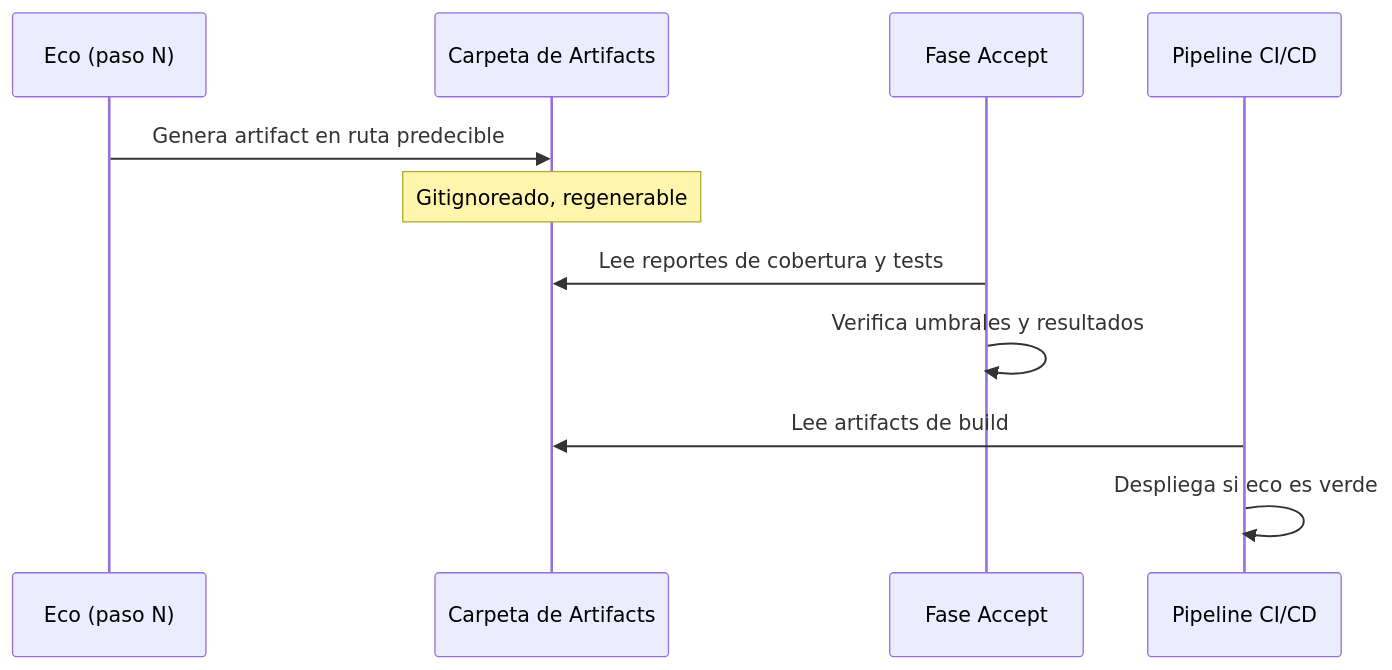
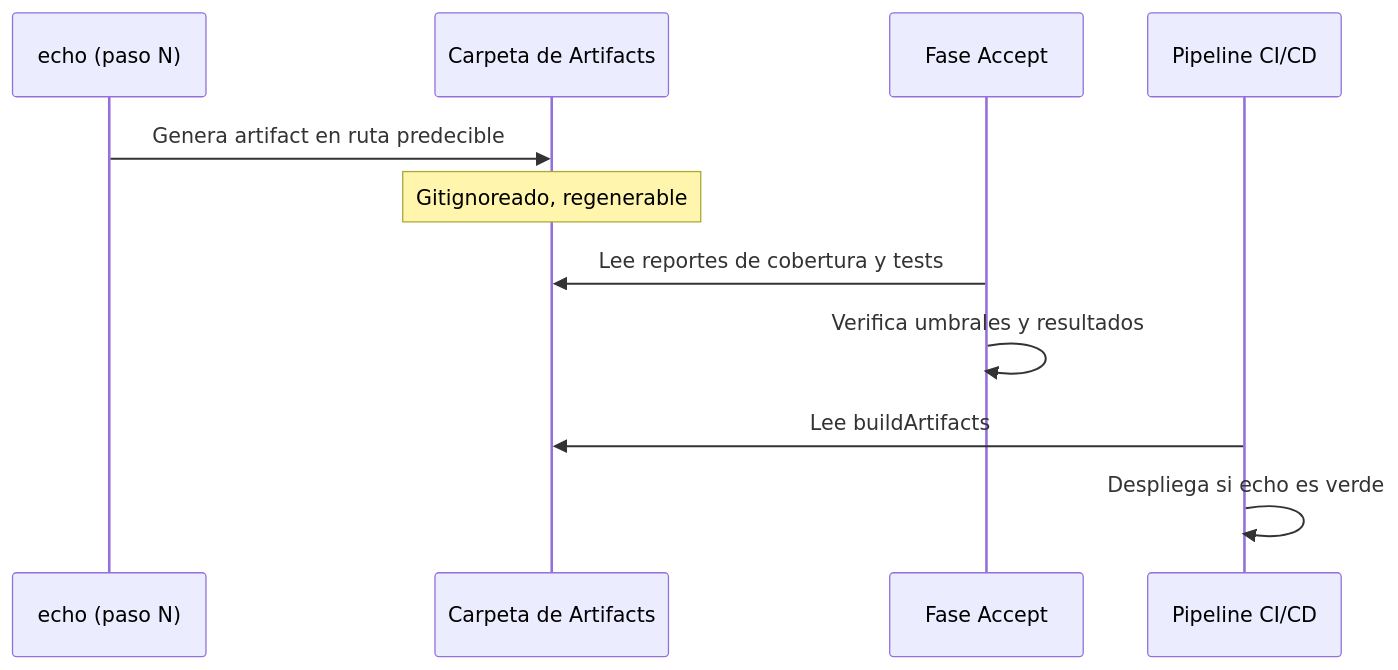
The second of 2 diagrams in docs/artifact-system.md (virgenherrera/idea-to-mvp), drawn with Mermaid before and after one commit. The commit also changed other lines of this file and 30 other files, not shown here.

````diff
--- a/docs/artifact-system.md
+++ b/docs/artifact-system.md
@@ -147,16 +167,16 @@
 ```mermaid
 sequenceDiagram
-    participant ECO as Eco (paso N)
+    participant ECO as echo (paso N)
     participant FS as Carpeta de Artifacts
     participant QA as Fase Accept
     participant CI as Pipeline CI/CD
 
     ECO->>FS: Genera artifact en ruta predecible
     Note over FS: Gitignoreado, regenerable
 
     QA->>FS: Lee reportes de cobertura y tests
     QA->>QA: Verifica umbrales y resultados
 
-    CI->>FS: Lee artifacts de build
-    CI->>CI: Despliega si eco es verde
+    CI->>FS: Lee buildArtifacts
+    CI->>CI: Despliega si echo es verde
 ```
````
